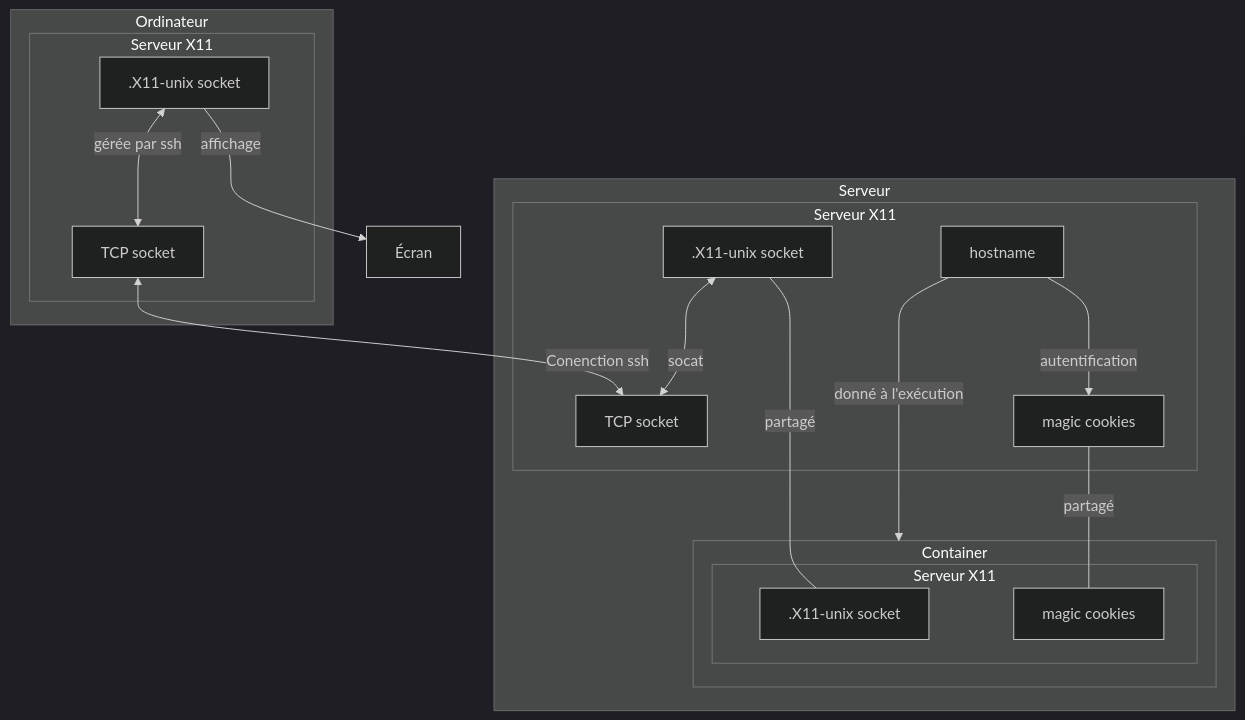
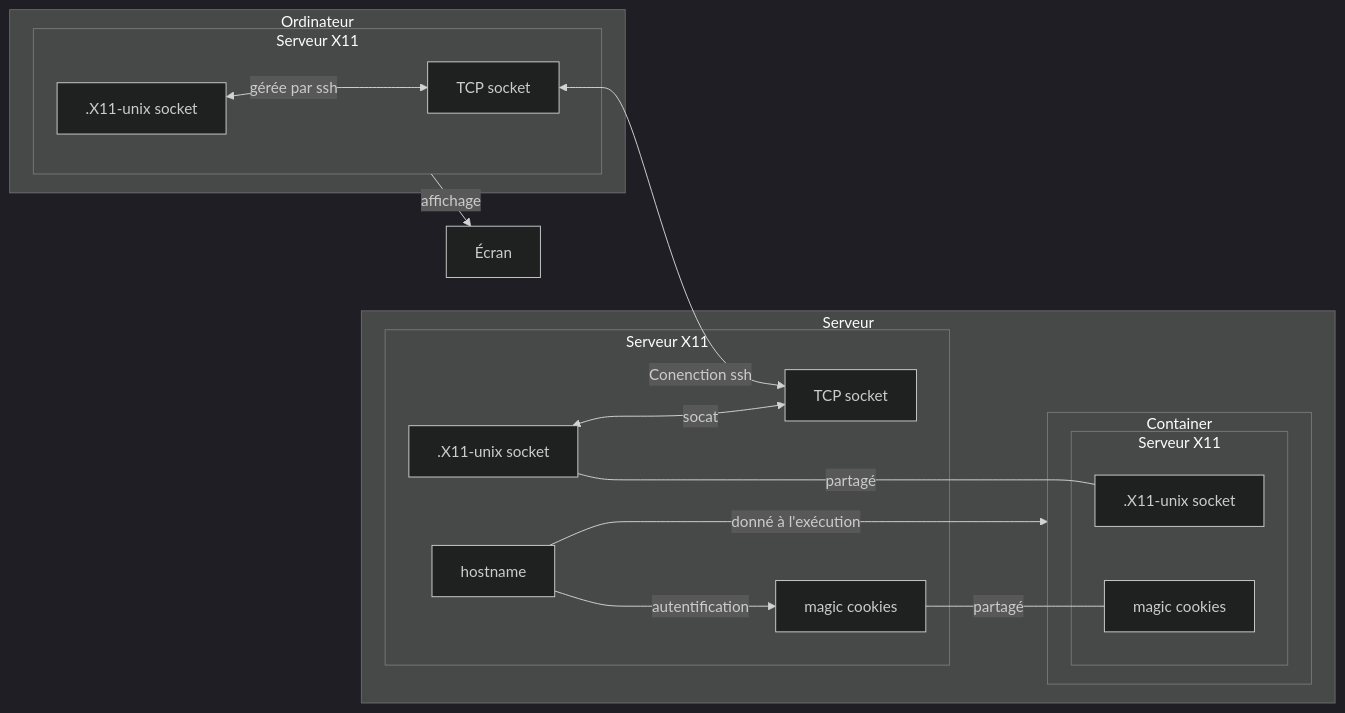
One commit to Arkanthara/bachelor changed the second of 2 diagrams in rapport/chapitres/docker.qmd. Above: the diagram before and after it, drawn with Mermaid (dark theme). The commit also changed other lines of this file and 4 other files, not shown here.

````diff
--- a/rapport/chapitres/docker.qmd
+++ b/rapport/chapitres/docker.qmd
@@ -136,36 +204,36 @@
 ```{mermaid}
 %%| fig-cap: "Shéma de l'affichage d'une application graphique tournant dans un container sur un serveur distant"
 %%| label: fig-displayserver
-%%| fig-width: 6
-flowchart TD
+%%| fig-width: 6.5
+flowchart LR
 subgraph Ordinateur
     subgraph a[Serveur X11]
         s[.X11-unix socket]
         t[TCP socket]
     end
 end
 subgraph Serveur
     subgraph X[Container]
         subgraph A1[Serveur X11]
             S1[.X11-unix socket]
             C1[magic cookies]
         end
     end
     subgraph A[Serveur X11]
         H[hostname]
         S[.X11-unix socket]
         T[TCP socket]
         C[magic cookies]
     end
 end
 E[Écran]
 
 t <-->|Conenction ssh|T
 s <-->|gérée par ssh|t
 S <-->|socat|T
 S ---|partagé| S1
 C --- |partagé|C1
-s --> |affichage|E
+a --> |affichage|E
 H --> |donné à l'exécution|X
 H --> |autentification|C
 ```
````
